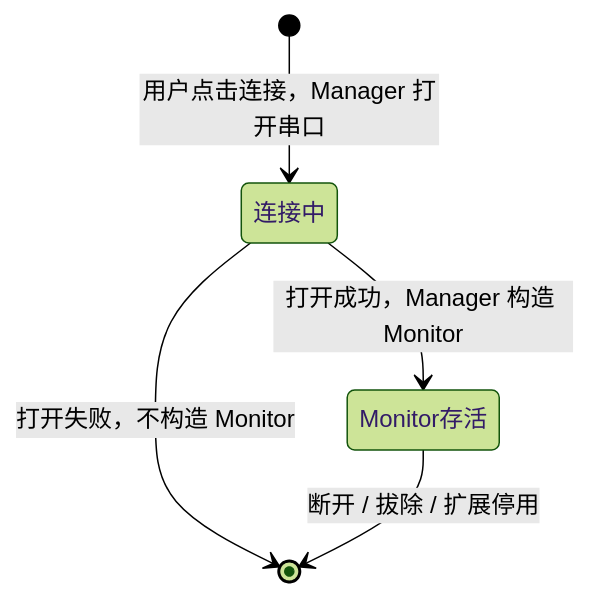
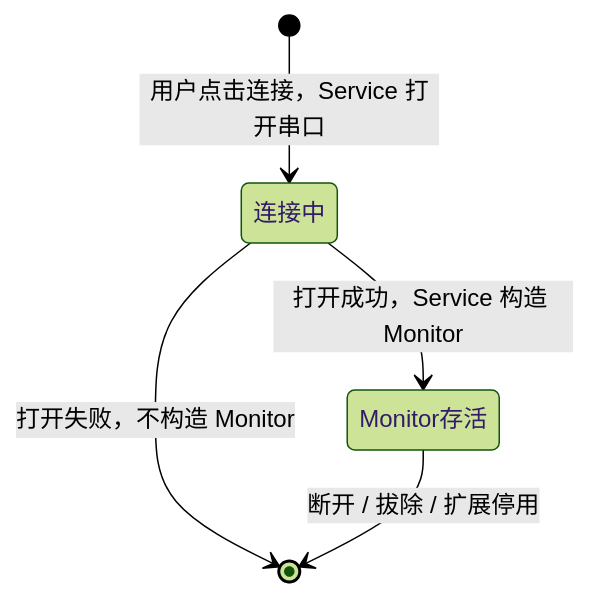
Before and after one commit to ziqiang-zhu/vscode-serial-port-terminal: the first of 3 diagrams in doc/SerialPortMonitor设计.md, drawn with Mermaid (forest theme). The commit also changed other lines of this file and 6 other files, not shown here.

````diff
--- a/doc/SerialPortMonitor设计.md
+++ b/doc/SerialPortMonitor设计.md
@@ -44,7 +33,7 @@
 ```mermaid
 stateDiagram-v2
-    [*] --> 连接中 : 用户点击连接，Manager 打开串口
-    连接中 --> Monitor存活 : 打开成功，Manager 构造 Monitor
+    [*] --> 连接中 : 用户点击连接，Service 打开串口
+    连接中 --> Monitor存活 : 打开成功，Service 构造 Monitor
     连接中 --> [*] : 打开失败，不构造 Monitor
     Monitor存活 --> [*] : 断开 / 拔除 / 扩展停用
 ```
````
